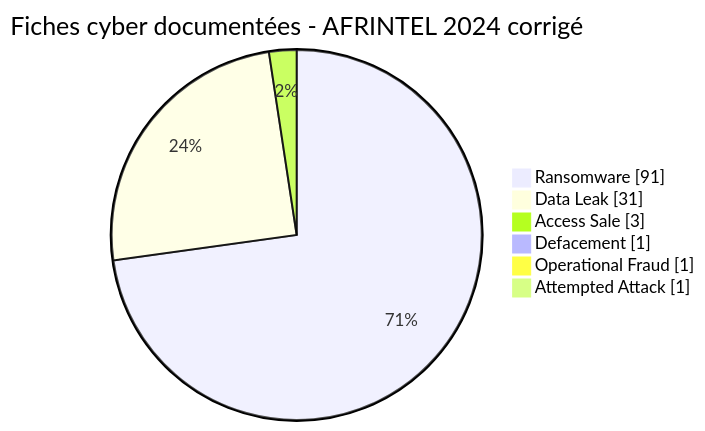
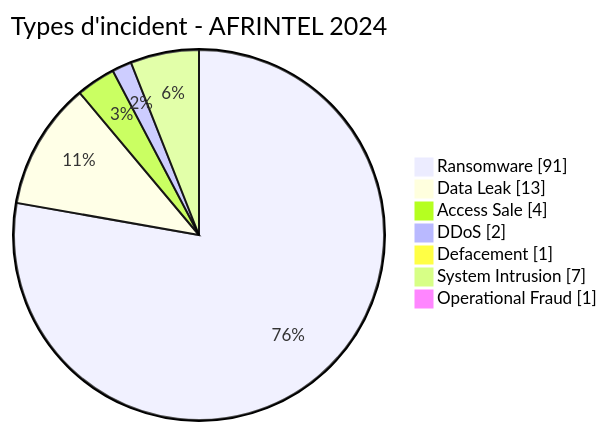
Before and after one commit to Hatchepsoute/AFRINTEL: the second of 2 diagrams in CyberAttackAfrica/2024/README_FR.md, drawn with Mermaid. The commit also changed other lines of this file and 66 other files, not shown here.

````diff
--- a/CyberAttackAfrica/2024/README_FR.md
+++ b/CyberAttackAfrica/2024/README_FR.md
@@ -62,10 +91,11 @@
 ```mermaid
 pie showData
-    title Fiches cyber documentées - AFRINTEL 2024 corrigé
+    title Types d'incident - AFRINTEL 2024
     "Ransomware" : 91
-    "Data Leak" : 31
-    "Access Sale" : 3
+    "Data Leak" : 13
+    "Access Sale" : 4
+    "DDoS" : 2
     "Defacement" : 1
+    "System Intrusion" : 7
     "Operational Fraud" : 1
-    "Attempted Attack" : 1
 ```
````
